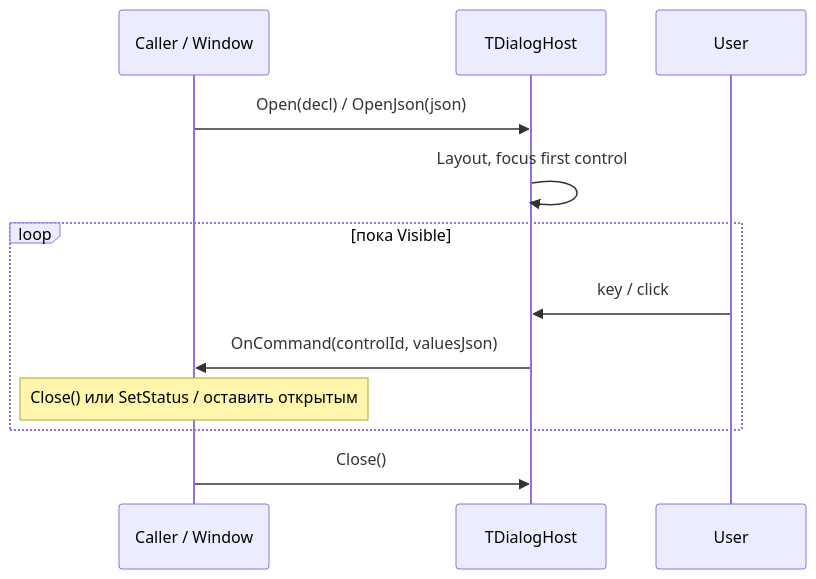
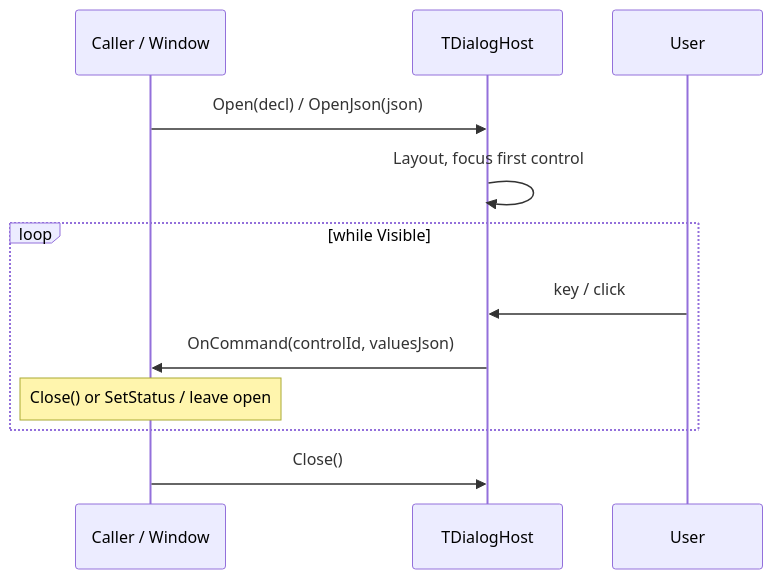
One commit to Laex/MTN2 changed the diagram in docs/DIALOG_PLUGIN.md. Above: the diagram before and after it, drawn with Mermaid. The commit also changed other lines of this file and 120 other files, not shown here.

````diff
--- a/docs/DIALOG_PLUGIN.md
+++ b/docs/DIALOG_PLUGIN.md
@@ -44,14 +46,14 @@
 ```mermaid
 sequenceDiagram
     participant Caller as Caller / Window
     participant Host as TDialogHost
 
     Caller->>Host: Open(decl) / OpenJson(json)
     Host->>Host: Layout, focus first control
-    loop пока Visible
+    loop while Visible
         User->>Host: key / click
         Host->>Caller: OnCommand(controlId, valuesJson)
-        Note over Caller: Close() или SetStatus / оставить открытым
+        Note over Caller: Close() or SetStatus / leave open
     end
     Caller->>Host: Close()
 ```
````
